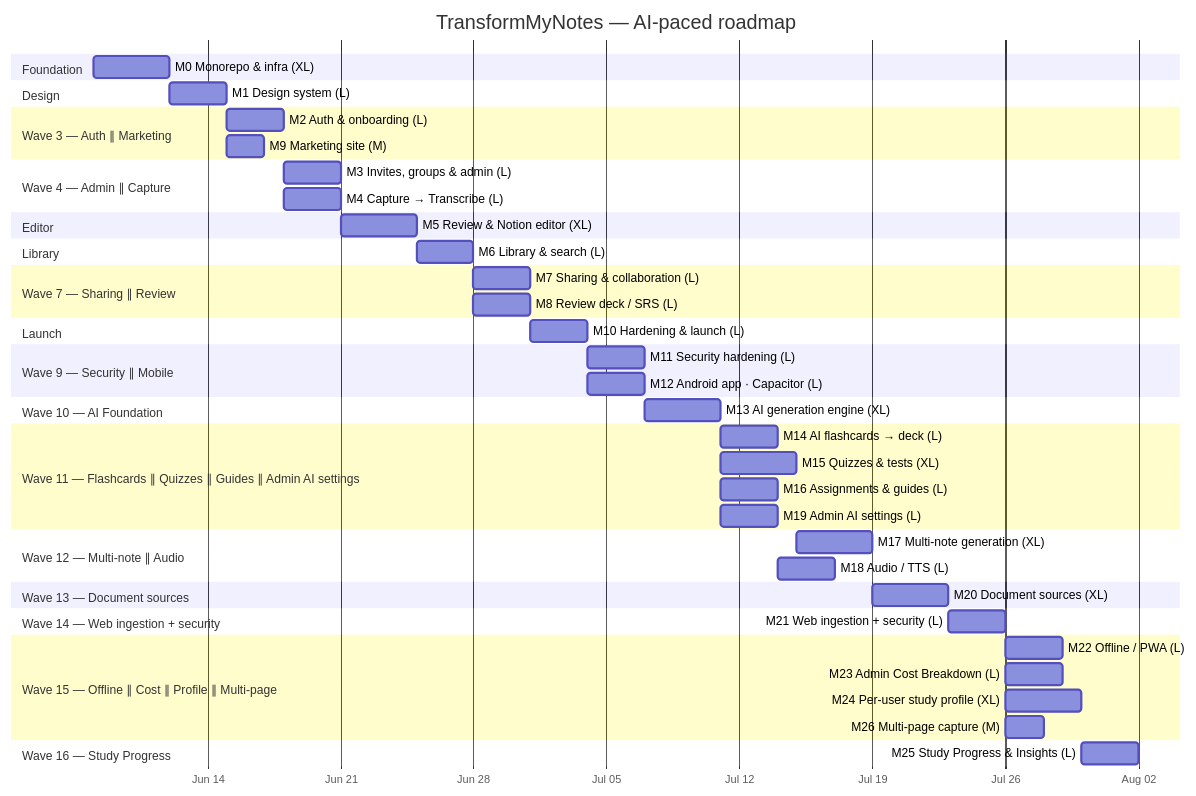
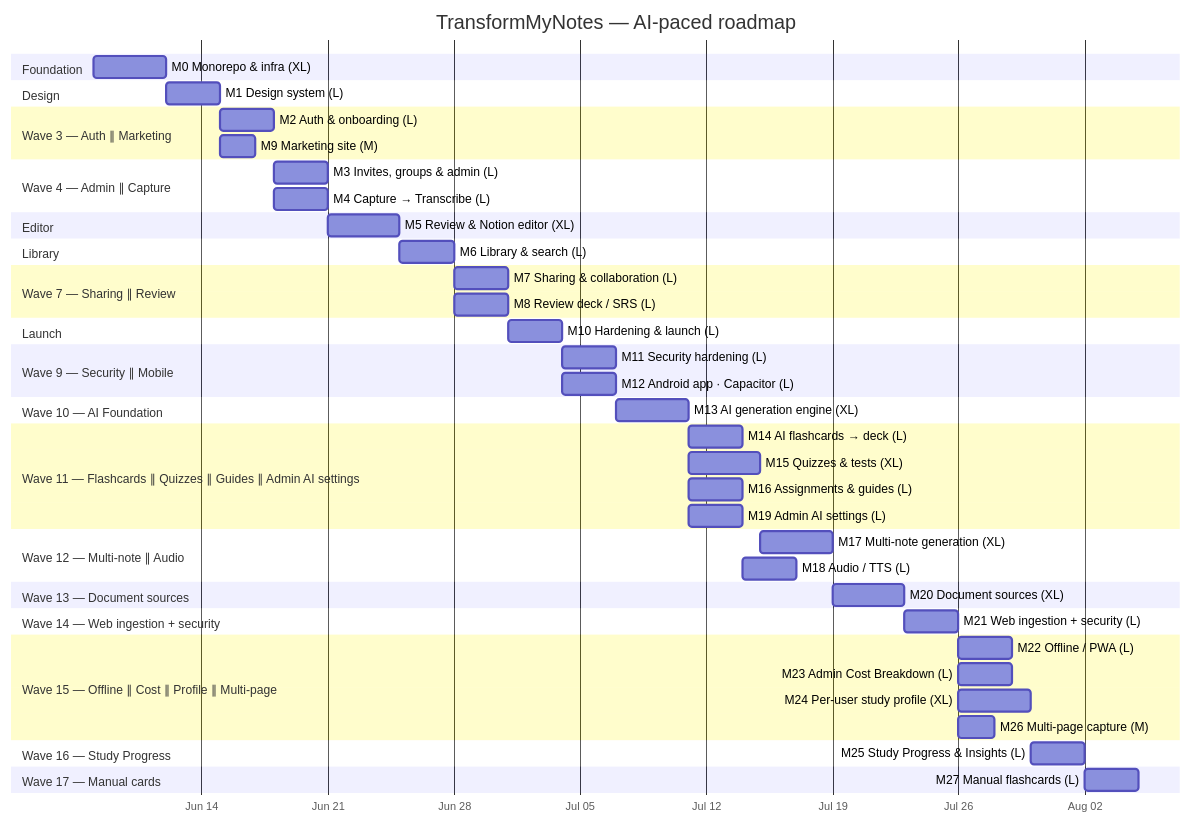
Before and after one commit to jasonp2323/transformmynotes: the second of 2 diagrams in docs/milestones/ROADMAP.md, drawn with Mermaid. The commit also changed other lines of this file and 3 other files, not shown here.

````diff
--- a/docs/milestones/ROADMAP.md
+++ b/docs/milestones/ROADMAP.md
@@ -92,49 +94,51 @@
 ```mermaid
 gantt
   title TransformMyNotes — AI-paced roadmap
   dateFormat YYYY-MM-DD
   axisFormat %b %d
   section Foundation
   M0 Monorepo & infra (XL)      :m0, 2026-06-08, 4d
   section Design
   M1 Design system (L)          :m1, after m0, 3d
   section Wave 3 — Auth ∥ Marketing
   M2 Auth & onboarding (L)      :m2, after m1, 3d
   M9 Marketing site (M)         :m9, after m1, 2d
   section Wave 4 — Admin ∥ Capture
   M3 Invites, groups & admin (L):m3, after m2, 3d
   M4 Capture → Transcribe (L)   :m4, after m2, 3d
   section Editor
   M5 Review & Notion editor (XL):m5, after m4, 4d
   section Library
   M6 Library & search (L)       :m6, after m5, 3d
   section Wave 7 — Sharing ∥ Review
   M7 Sharing & collaboration (L):m7, after m6, 3d
   M8 Review deck / SRS (L)      :m8, after m6, 3d
   section Launch
   M10 Hardening & launch (L)    :m10, after m8, 3d
   section Wave 9 — Security ∥ Mobile
   M11 Security hardening (L)    :m11, after m10, 3d
   M12 Android app · Capacitor (L):m12, after m10, 3d
   section Wave 10 — AI Foundation
   M13 AI generation engine (XL) :m13, 2026-07-07, 4d
   section Wave 11 — Flashcards ∥ Quizzes ∥ Guides ∥ Admin AI settings
   M14 AI flashcards → deck (L)  :m14, after m13, 3d
   M15 Quizzes & tests (XL)      :m15, after m13, 4d
   M16 Assignments & guides (L)  :m16, after m13, 3d
   M19 Admin AI settings (L)     :m19, after m13, 3d
   section Wave 12 — Multi-note ∥ Audio
   M17 Multi-note generation (XL):m17, after m15, 4d
   M18 Audio / TTS (L)           :m18, after m14, 3d
   section Wave 13 — Document sources
   M20 Document sources (XL)     :m20, after m17, 4d
   section Wave 14 — Web ingestion + security
   M21 Web ingestion + security (L):m21, after m20, 3d
   section Wave 15 — Offline ∥ Cost ∥ Profile ∥ Multi-page
   M22 Offline / PWA (L)          :m22, after m21, 3d
   M23 Admin Cost Breakdown (L)   :m23, after m21, 3d
   M24 Per-user study profile (XL):m24, after m21, 4d
   M26 Multi-page capture (M)     :m26, after m21, 2d
   section Wave 16 — Study Progress
   M25 Study Progress & Insights (L):m25, after m24, 3d
+  section Wave 17 — Manual cards
+  M27 Manual flashcards (L)     :m27, after m25, 3d
 ```
````
